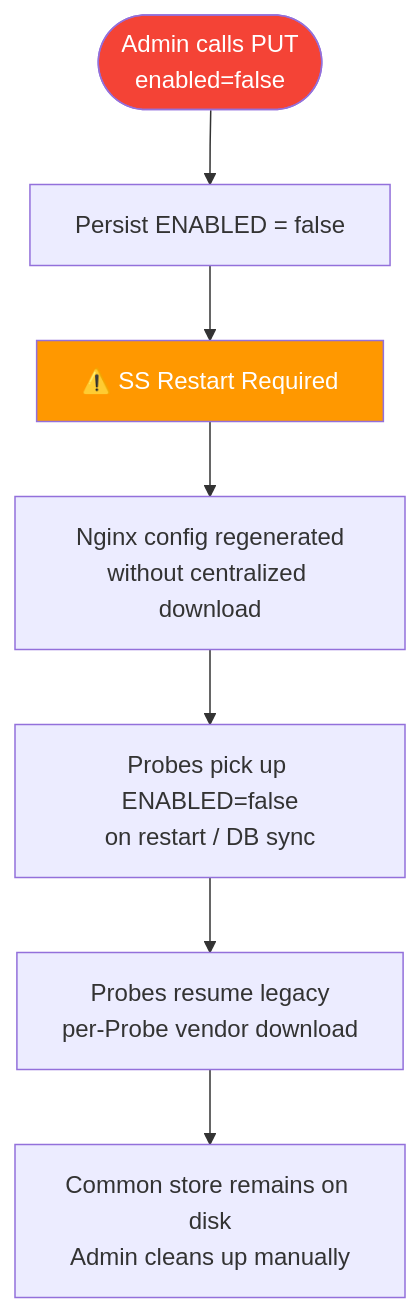
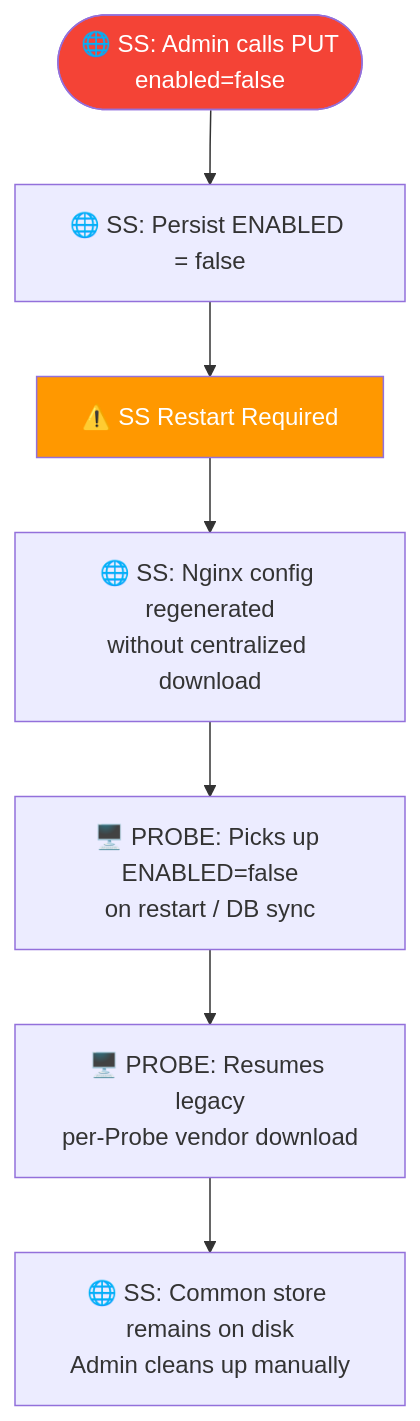
Diagram 14 of 29 in use-case-diagrams.md (ranjithkumar-a-23525/RebaseEx), drawn with Mermaid before and after one commit. The commit also changed other lines of this file, not shown here.

````diff
--- a/use-case-diagrams.md
+++ b/use-case-diagrams.md
@@ -272,12 +272,12 @@
 ```mermaid
 flowchart TD
-    A([Admin calls PUT<br/>enabled=false]) --> B[Persist ENABLED = false]
+    A(["🌐 SS: Admin calls PUT<br/>enabled=false"]) --> B["🌐 SS: Persist ENABLED = false"]
     B --> C["⚠️ SS Restart Required"]
-    C --> D[Nginx config regenerated<br/>without centralized download]
-    D --> E[Probes pick up ENABLED=false<br/>on restart / DB sync]
-    E --> F[Probes resume legacy<br/>per-Probe vendor download]
-    F --> G[Common store remains on disk<br/>Admin cleans up manually]
+    C --> D["🌐 SS: Nginx config regenerated<br/>without centralized download"]
+    D --> E["🖥️ PROBE: Picks up ENABLED=false<br/>on restart / DB sync"]
+    E --> F["🖥️ PROBE: Resumes legacy<br/>per-Probe vendor download"]
+    F --> G["🌐 SS: Common store remains on disk<br/>Admin cleans up manually"]
 
     style A fill:#f44336,color:#fff
     style C fill:#FF9800,color:#fff
 ```
````
